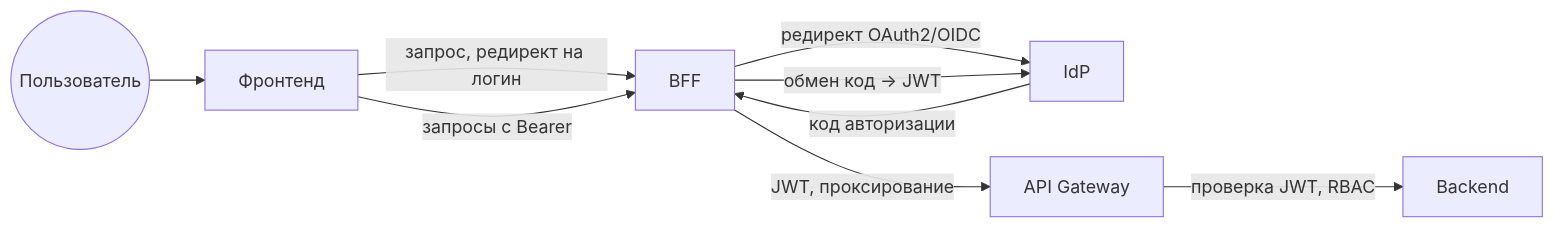
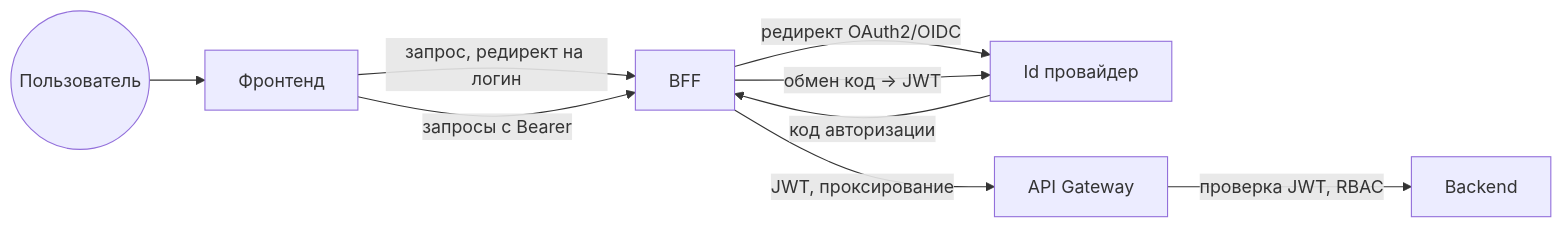
Before and after one commit to Trump68/infra: the third of 19 diagrams in TZ/1.Пояснительная записка к техническому проекту.md, drawn with Mermaid. The commit also changed other lines of this file and 1 other file, not shown here.

First line of the commit message:
docs: refine Фармадок architecture documentation with updated terminology and participant names

````diff
--- a/TZ/1.Пояснительная записка к техническому проекту.md
+++ b/TZ/1.Пояснительная записка к техническому проекту.md
@@ -431,11 +431,11 @@
 ```mermaid
 flowchart LR
   User((Пользователь)) --> Frontend[Фронтенд]
   Frontend -->|"запрос, редирект на логин"| BFF[BFF]
-  BFF -->|"редирект OAuth2/OIDC"| IdP[IdP]
+  BFF -->|"редирект OAuth2/OIDC"| IdP[Id провайдер]
   IdP -->|"код авторизации"| BFF
   BFF -->|"обмен код → JWT"| IdP
   Frontend -->|"запросы с Bearer"| BFF
   BFF -->|"JWT, проксирование"| Gateway[API Gateway]
   Gateway -->|"проверка JWT, RBAC"| Backend[Backend]
 ```
````
